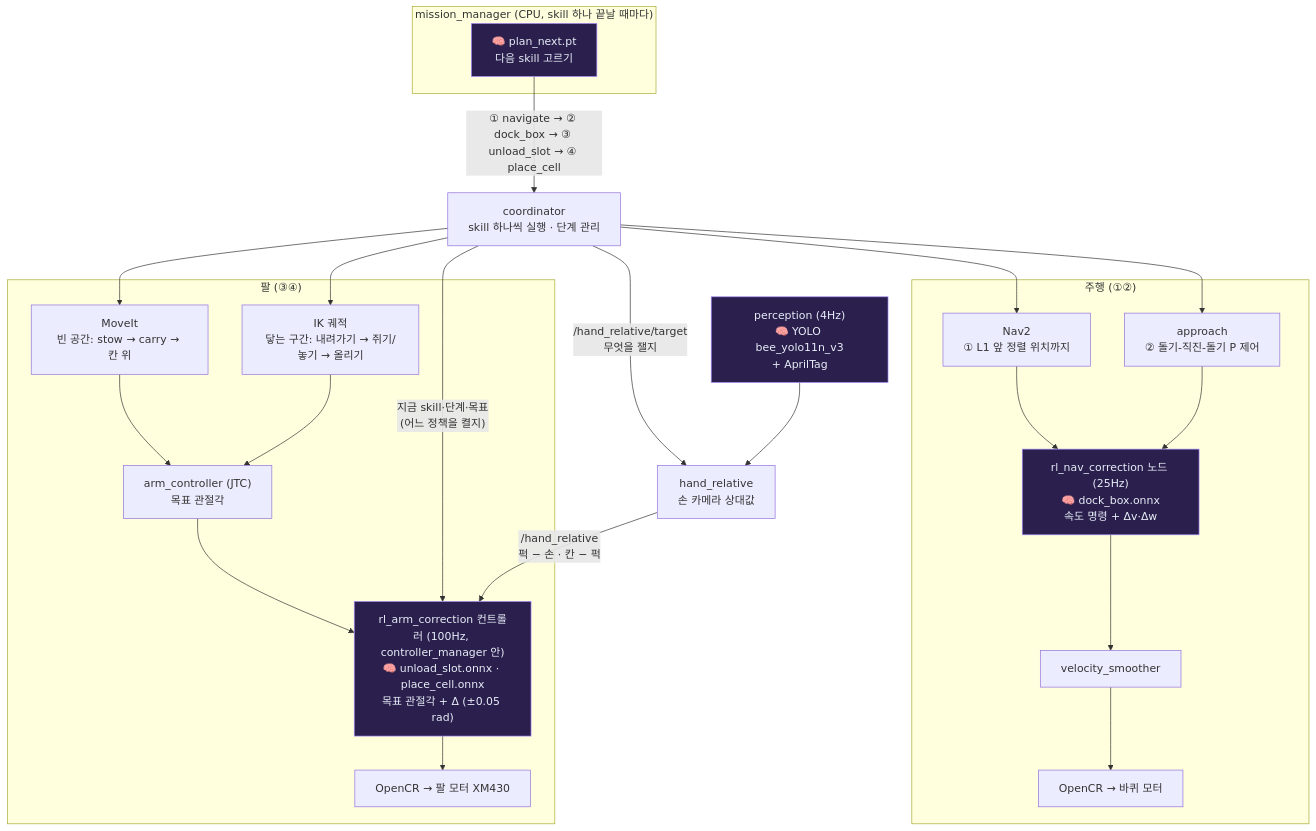
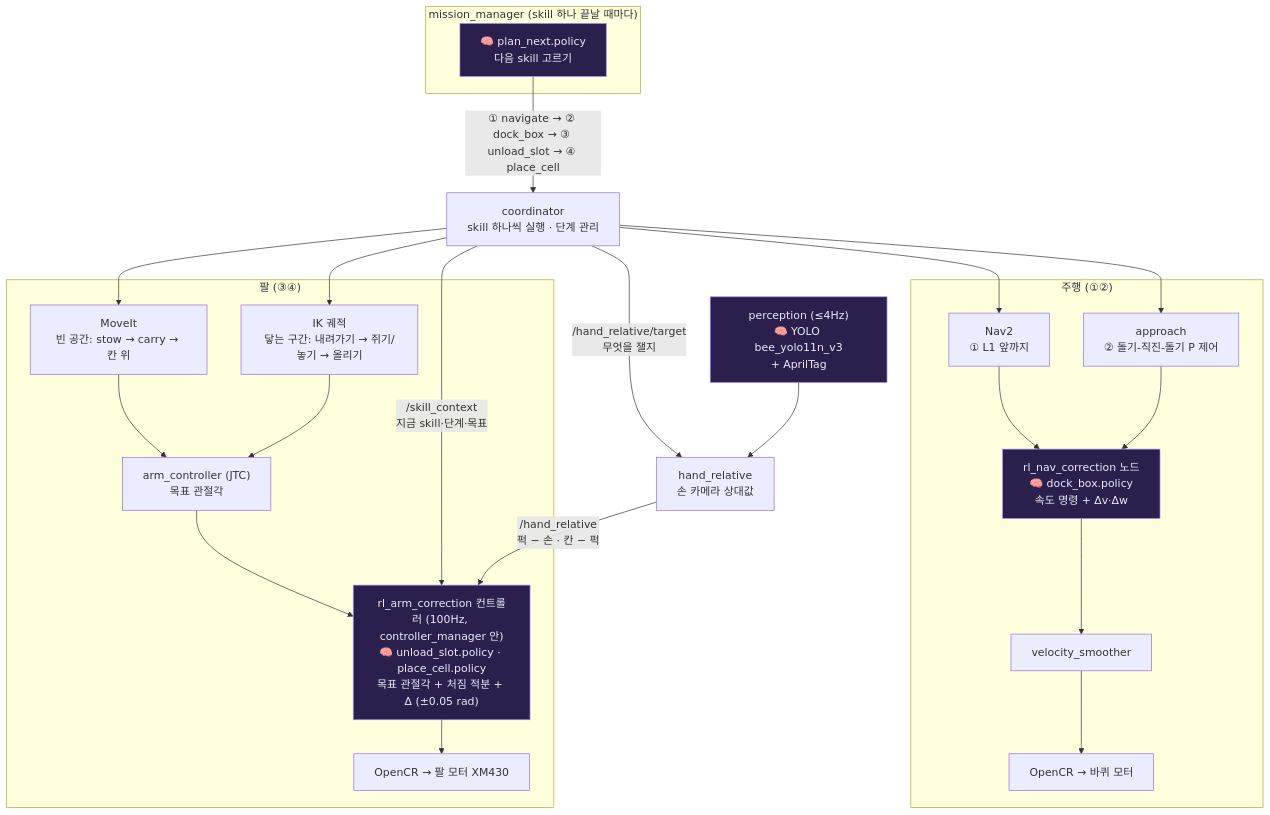
Before and after one commit to JuneKunst/JuneKunst.github.io: the fourth of 9 diagrams in bee/system-map.md, drawn with Mermaid. The commit also changed other lines of this file and 1 other file, not shown here.

Commit message:
docs: bee 전체 지도 최신화 — 배포 코드(PR #55)·PR 번호·load_slot 결과·남은 일·기준 시각 바로잡음

````diff
--- a/bee/system-map.md
+++ b/bee/system-map.md
@@ -110,27 +116,27 @@
 ```mermaid
 flowchart TB
-  subgraph gx_MM["mission_manager (CPU, skill 하나 끝날 때마다)"]
-    gx_PN["🧠 plan_next.pt<br/>다음 skill 고르기"]:::model
+  subgraph gx_MM["mission_manager (skill 하나 끝날 때마다)"]
+    gx_PN["🧠 plan_next.policy<br/>다음 skill 고르기"]:::model
   end
   gx_PN -->|"① navigate → ② dock_box → ③ unload_slot → ④ place_cell"| gx_CO["coordinator<br/>skill 하나씩 실행 · 단계 관리"]
   subgraph gx_BASE_PATH["주행 (①②)"]
-    gx_NAV["Nav2<br/>① L1 앞 정렬 위치까지"] --> gx_NC
-    gx_AP["approach<br/>② 돌기-직진-돌기 P 제어"] --> gx_NC["rl_nav_correction 노드 (25Hz)<br/>🧠 dock_box.onnx<br/>속도 명령 + Δv·Δw"]:::model
+    gx_NAV["Nav2<br/>① L1 앞까지"] --> gx_NC
+    gx_AP["approach<br/>② 돌기-직진-돌기 P 제어"] --> gx_NC["rl_nav_correction 노드<br/>🧠 dock_box.policy<br/>속도 명령 + Δv·Δw"]:::model
     gx_NC --> gx_VS["velocity_smoother"] --> gx_OC["OpenCR → 바퀴 모터"]
   end
   subgraph gx_ARM_PATH["팔 (③④)"]
     gx_MV["MoveIt<br/>빈 공간: stow → carry → 칸 위"] --> gx_JTC
     gx_IK["IK 궤적<br/>닿는 구간: 내려가기 → 쥐기/놓기 → 올리기"] --> gx_JTC["arm_controller (JTC)<br/>목표 관절각"]
-    gx_JTC --> gx_RC["rl_arm_correction 컨트롤러 (100Hz, controller_manager 안)<br/>🧠 unload_slot.onnx · place_cell.onnx<br/>목표 관절각 + Δ (±0.05 rad)"]:::model
+    gx_JTC --> gx_RC["rl_arm_correction 컨트롤러 (100Hz, controller_manager 안)<br/>🧠 unload_slot.policy · place_cell.policy<br/>목표 관절각 + 처짐 적분 + Δ (±0.05 rad)"]:::model
     gx_RC --> gx_DX["OpenCR → 팔 모터 XM430"]
   end
   gx_CO --> gx_NAV
   gx_CO --> gx_AP
   gx_CO --> gx_MV
   gx_CO --> gx_IK
-  gx_CO -->|"지금 skill·단계·목표<br/>(어느 정책을 켤지)"| gx_RC
+  gx_CO -->|"/skill_context<br/>지금 skill·단계·목표"| gx_RC
   gx_CO -->|"/hand_relative/target<br/>무엇을 잴지"| gx_HR["hand_relative<br/>손 카메라 상대값"]
-  gx_CAM["perception (4Hz)<br/>🧠 YOLO bee_yolo11n_v3<br/>+ AprilTag"]:::model --> gx_HR
+  gx_CAM["perception (≤4Hz)<br/>🧠 YOLO bee_yolo11n_v3<br/>+ AprilTag"]:::model --> gx_HR
   gx_HR -->|"/hand_relative<br/>퍽 − 손 · 칸 − 퍽"| gx_RC
   classDef model fill:#2a1f4d,stroke:#a78bfa,color:#e8eef8
 ```
````
